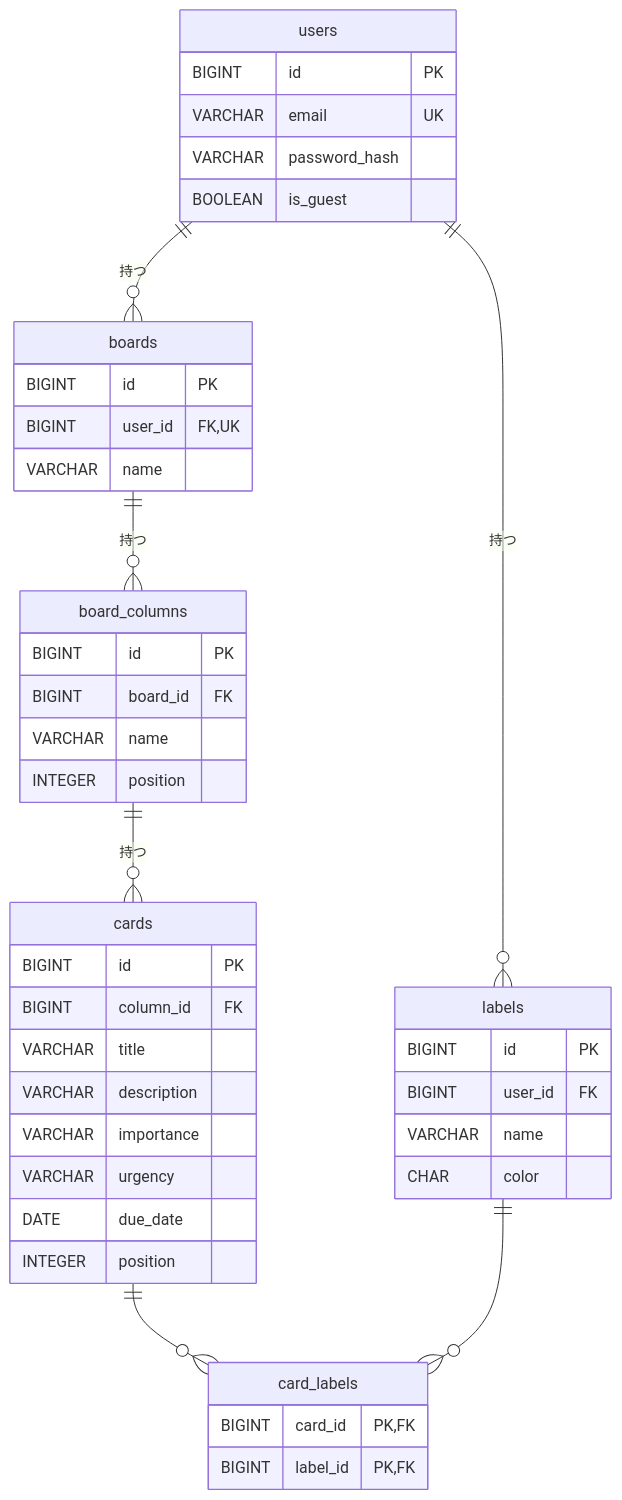
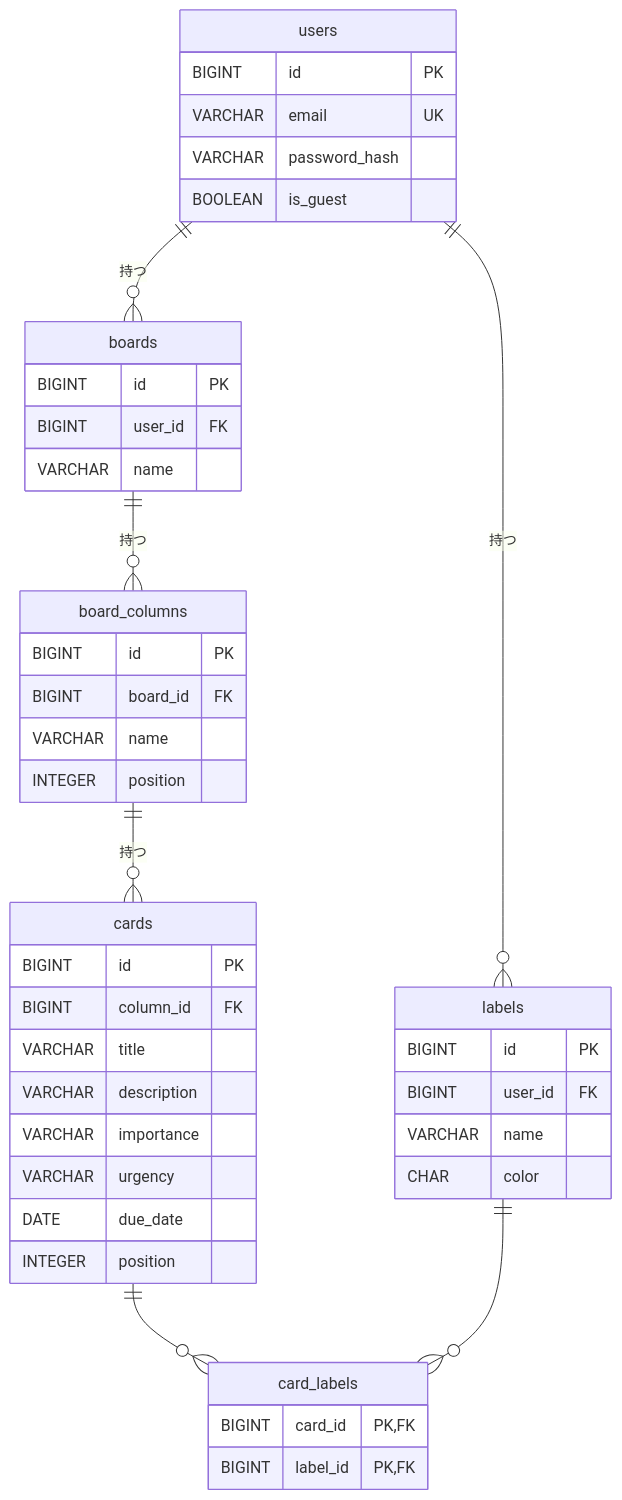
One commit to keiwebcreate/raise-tech-beginner-edition changed the diagram in docs/database-design.md. Above: the diagram before and after it, drawn with Mermaid. The commit also changed other lines of this file and 1 other file, not shown here.

````diff
--- a/docs/database-design.md
+++ b/docs/database-design.md
@@ -31,47 +31,47 @@
 ```mermaid
 erDiagram
     users ||--o{ boards : "持つ"
     users ||--o{ labels : "持つ"
     boards ||--o{ board_columns : "持つ"
     board_columns ||--o{ cards : "持つ"
     cards ||--o{ card_labels : ""
     labels ||--o{ card_labels : ""
 
     users {
         BIGINT id PK
         VARCHAR email UK
         VARCHAR password_hash
         BOOLEAN is_guest
     }
     boards {
         BIGINT id PK
-        BIGINT user_id FK,UK
+        BIGINT user_id FK
         VARCHAR name
     }
     board_columns {
         BIGINT id PK
         BIGINT board_id FK
         VARCHAR name
         INTEGER position
     }
     cards {
         BIGINT id PK
         BIGINT column_id FK
         VARCHAR title
         VARCHAR description
         VARCHAR importance
         VARCHAR urgency
         DATE due_date
         INTEGER position
     }
     labels {
         BIGINT id PK
         BIGINT user_id FK
         VARCHAR name
         CHAR color
     }
     card_labels {
         BIGINT card_id PK,FK
         BIGINT label_id PK,FK
     }
 ```
````
